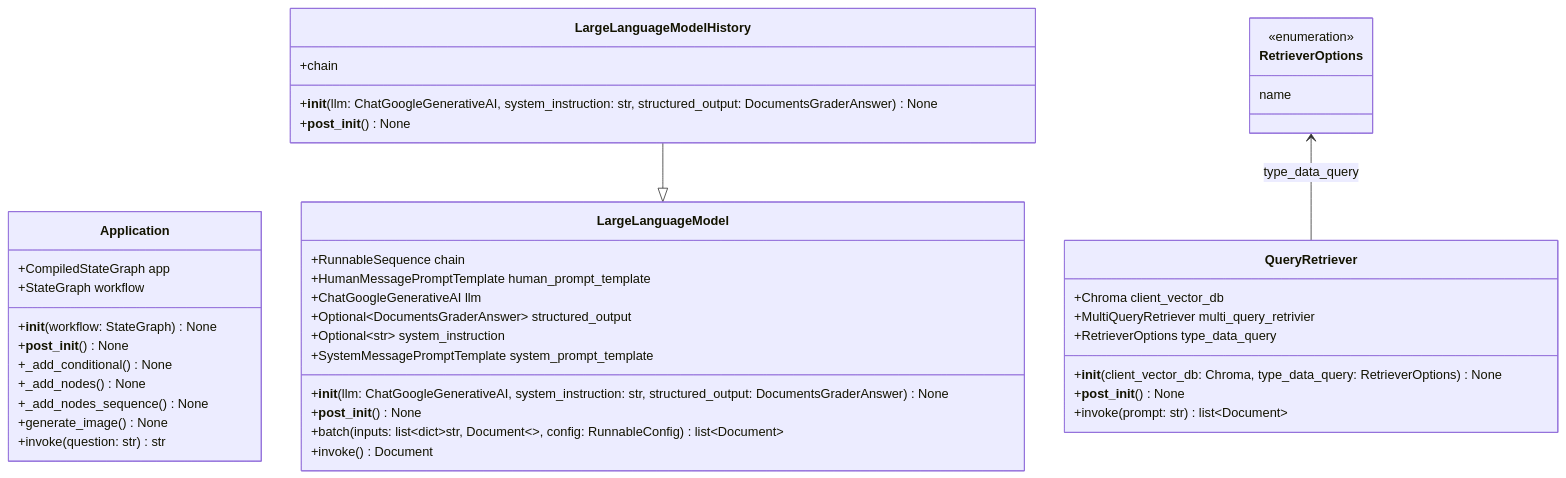
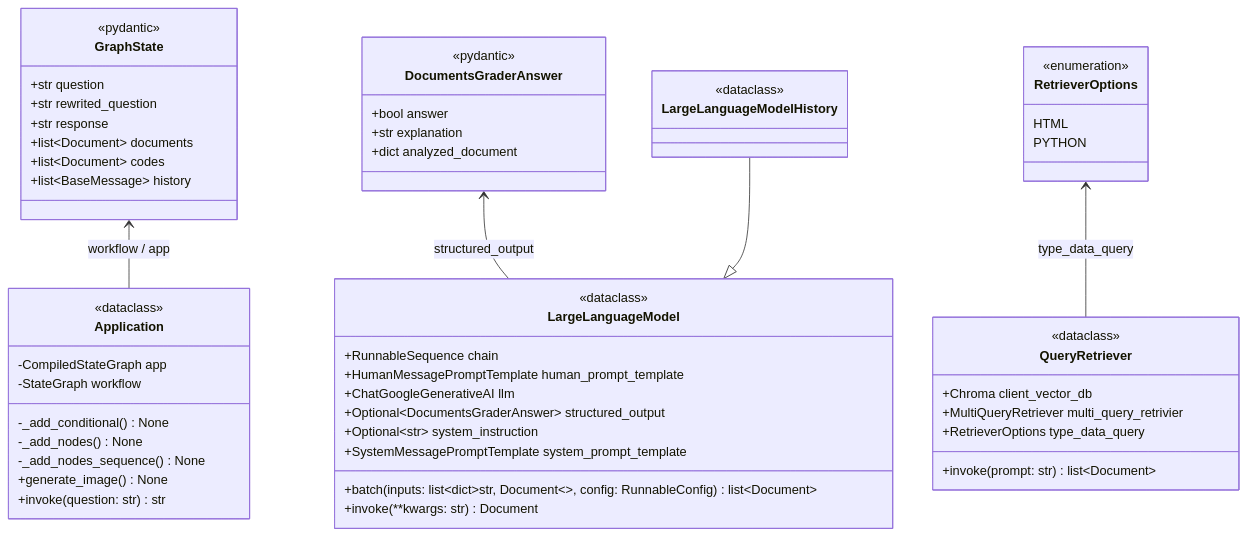
The diagram in README.md (rafaelpbaptista-cwb/chatbot_agent), drawn with Mermaid before and after one commit. The commit also changed other lines of this file and 5 other files, not shown here.

Commit message:
Criação diagrama de classe e detalhamento técnico

````diff
--- a/README.md
+++ b/README.md
@@ -111,52 +113,67 @@
 ```mermaid
 classDiagram
     direction BT
 
     class Application {
-        +CompiledStateGraph app
-        +StateGraph workflow
-        +__init__(workflow: StateGraph) None
-        +__post_init__() None
-        +_add_conditional() None
-        +_add_nodes() None
-        +_add_nodes_sequence() None
+        <<dataclass>>
+        -CompiledStateGraph app
+        -StateGraph workflow
+        -_add_conditional() None
+        -_add_nodes() None
+        -_add_nodes_sequence() None
         +generate_image() None
         +invoke(question: str) str
     }
 
+    class DocumentsGraderAnswer {
+        <<pydantic>>
+        +bool answer
+        +str explanation
+        +dict analyzed_document
+    }
+
+    class GraphState {
+        <<pydantic>>
+        +str question
+        +str rewrited_question
+        +str response
+        +list~Document~ documents
+        +list~Document~ codes
+        +list~BaseMessage~ history
+    }
+
     class LargeLanguageModel {
+        <<dataclass>>
         +RunnableSequence chain
         +HumanMessagePromptTemplate human_prompt_template
         +ChatGoogleGenerativeAI llm
         +Optional~DocumentsGraderAnswer~ structured_output
         +Optional~str~ system_instruction
         +SystemMessagePromptTemplate system_prompt_template
-        +__init__(llm: ChatGoogleGenerativeAI, system_instruction: str, structured_output: DocumentsGraderAnswer) None
-        +__post_init__() None
         +batch(inputs: list~dict~str, Document~~, config: RunnableConfig) list~Document~
-        +invoke() Document
+        +invoke(**kwargs: str) Document
     }
 
     class LargeLanguageModelHistory {
-        +chain
-        +__init__(llm: ChatGoogleGenerativeAI, system_instruction: str, structured_output: DocumentsGraderAnswer) None
-        +__post_init__() None
+        <<dataclass>>
     }
 
     class QueryRetriever {
+        <<dataclass>>
         +Chroma client_vector_db
         +MultiQueryRetriever multi_query_retrivier
         +RetrieverOptions type_data_query
-        +__init__(client_vector_db: Chroma, type_data_query: RetrieverOptions) None
-        +__post_init__() None
         +invoke(prompt: str) list~Document~
     }
 
     class RetrieverOptions {
         <<enumeration>>
-        name
+        HTML
+        PYTHON
     }
 
+    Application --> GraphState : workflow / app
+    LargeLanguageModel --> DocumentsGraderAnswer : structured_output
     LargeLanguageModel <|-- LargeLanguageModelHistory
     QueryRetriever --> RetrieverOptions : type_data_query
 ```
````
